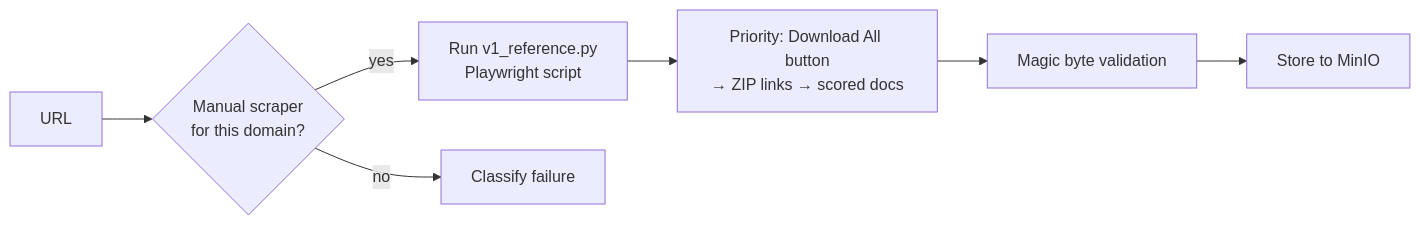
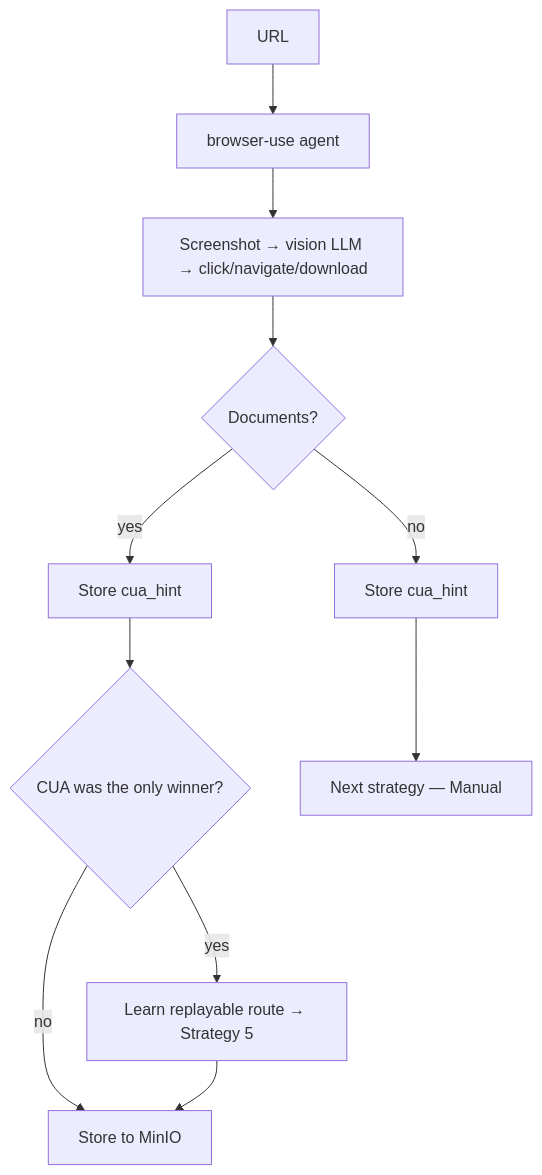
Before and after one commit to Siddharthpatni/Project-1: the sixth of 9 diagrams in docs/PIPELINE.md, drawn with Mermaid. The commit also changed other lines of this file and 9 other files, not shown here.

First line of the commit message:
docs: update all documentation to current 7-strategy system

````diff
--- a/docs/PIPELINE.md
+++ b/docs/PIPELINE.md
@@ -198,9 +176,12 @@
 ```mermaid
-flowchart LR
-    URL --> CHECK{Manual scraper<br/>for this domain?}
-    CHECK -- yes --> RUN[Run v1_reference.py<br/>Playwright script]
-    RUN --> DWNLD[Priority: Download All button<br/>→ ZIP links → scored docs]
-    DWNLD --> VALID[Magic byte validation]
-    VALID --> STORE[Store to MinIO]
-    CHECK -- no --> FAIL[Classify failure]
+flowchart TD
+    URL --> AGENT[browser-use agent]
+    AGENT --> LOOP[Screenshot → vision LLM → click/navigate/download]
+    LOOP --> DOCS{Documents?}
+    DOCS -- yes --> HINT[Store cua_hint]
+    HINT --> MAYBE{CUA was the only winner?}
+    MAYBE -- yes --> LEARN[Learn replayable route → Strategy 5]
+    MAYBE -- no --> STORE[Store to MinIO]
+    LEARN --> STORE
+    DOCS -- no --> HINTF[Store cua_hint] --> NEXT[Next strategy — Manual]
 ```
````
